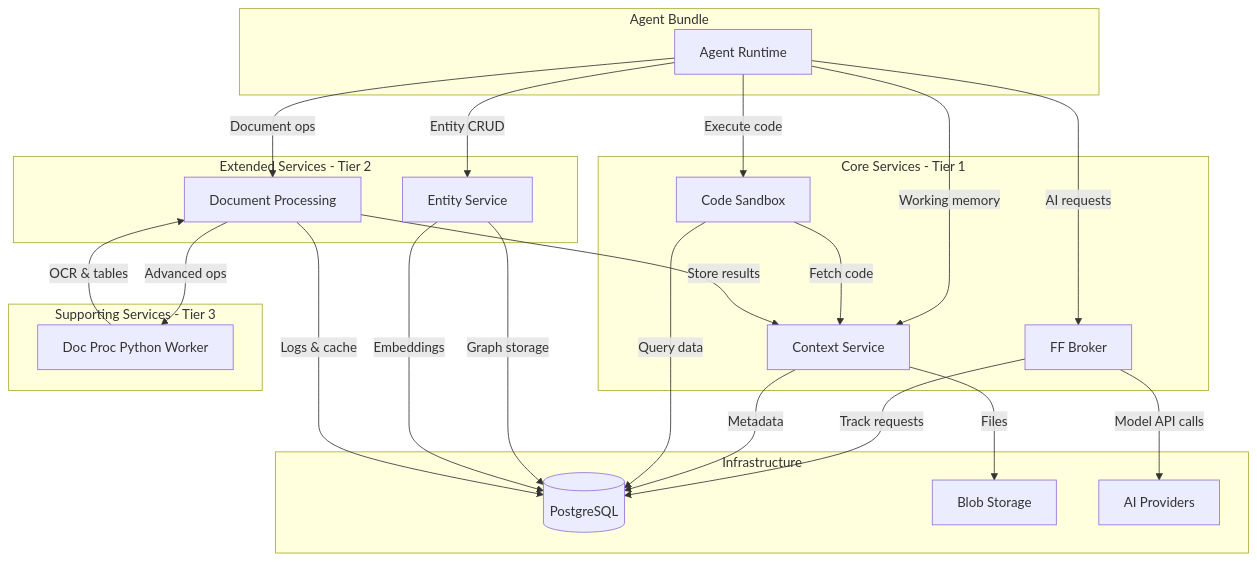
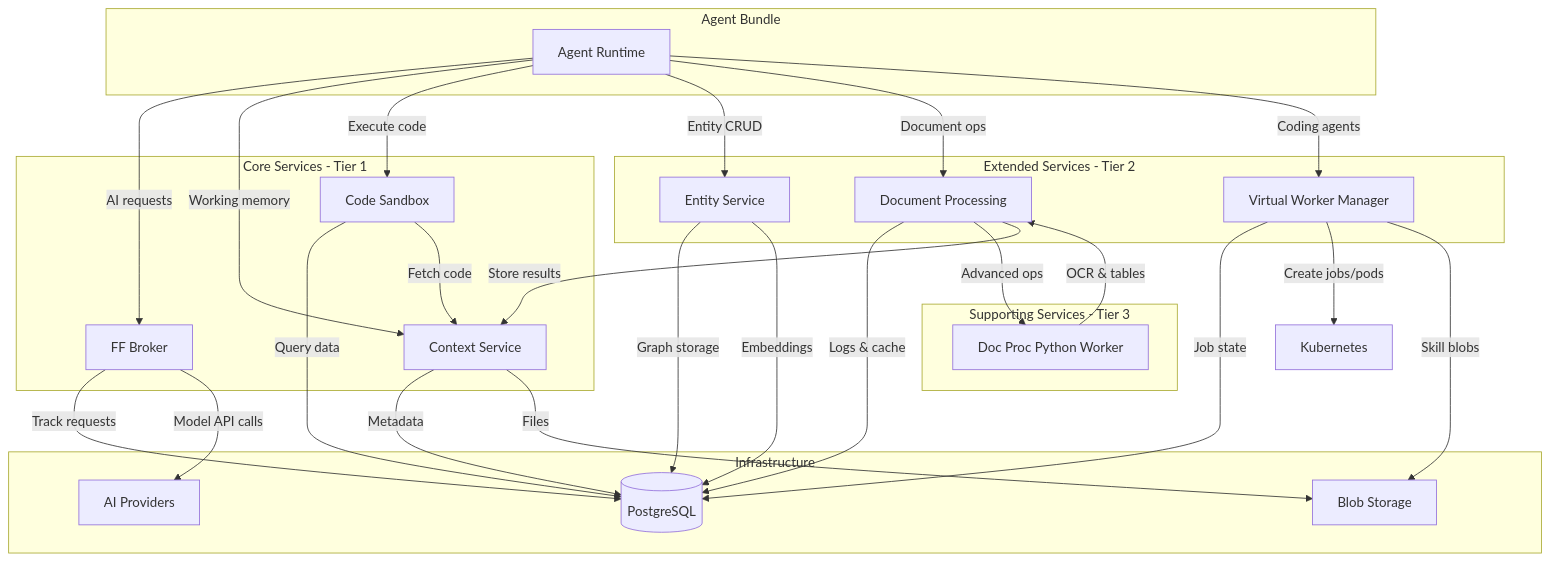
One commit to firebrandanalytics/ff-public-docs changed the first of 4 diagrams in docs/firefoundry/platform/services/README.md. Above: the diagram before and after it, drawn with Mermaid. The commit also changed other lines of this file and 6 other files, not shown here.

First line of the commit message:
Add Virtual Worker Manager platform service documentation

````diff
--- a/docs/firefoundry/platform/services/README.md
+++ b/docs/firefoundry/platform/services/README.md
@@ -84,51 +86,57 @@
 ```mermaid
 graph TB
     subgraph "Agent Bundle"
         AB[Agent Runtime]
     end
     
     subgraph "Core Services - Tier 1"
         Broker[FF Broker]
         Context[Context Service]
         Sandbox[Code Sandbox]
     end
     
     subgraph "Extended Services - Tier 2"
         Entity[Entity Service]
         DocProc[Document Processing]
+        VWM[Virtual Worker Manager]
     end
     
     subgraph "Supporting Services - Tier 3"
         PyWorker[Doc Proc Python Worker]
     end
     
     subgraph "Infrastructure"
         PG[(PostgreSQL)]
         Blob[Blob Storage]
         AI[AI Providers]
     end
     
     AB -->|AI requests| Broker
     AB -->|Working memory| Context
     AB -->|Execute code| Sandbox
     AB -->|Entity CRUD| Entity
     AB -->|Document ops| DocProc
+    AB -->|Coding agents| VWM
     
     Broker -->|Track requests| PG
     Broker -->|Model API calls| AI
     
     Context -->|Metadata| PG
     Context -->|Files| Blob
     
     Sandbox -->|Query data| PG
     Sandbox -->|Fetch code| Context
     
     Entity -->|Graph storage| PG
     Entity -->|Embeddings| PG
     
     DocProc -->|Logs & cache| PG
     DocProc -->|Advanced ops| PyWorker
     DocProc -->|Store results| Context
-    
+
+    VWM -->|Job state| PG
+    VWM -->|Create jobs/pods| K8s[Kubernetes]
+    VWM -->|Skill blobs| Blob
+
     PyWorker -->|OCR & tables| DocProc
 ```
````
